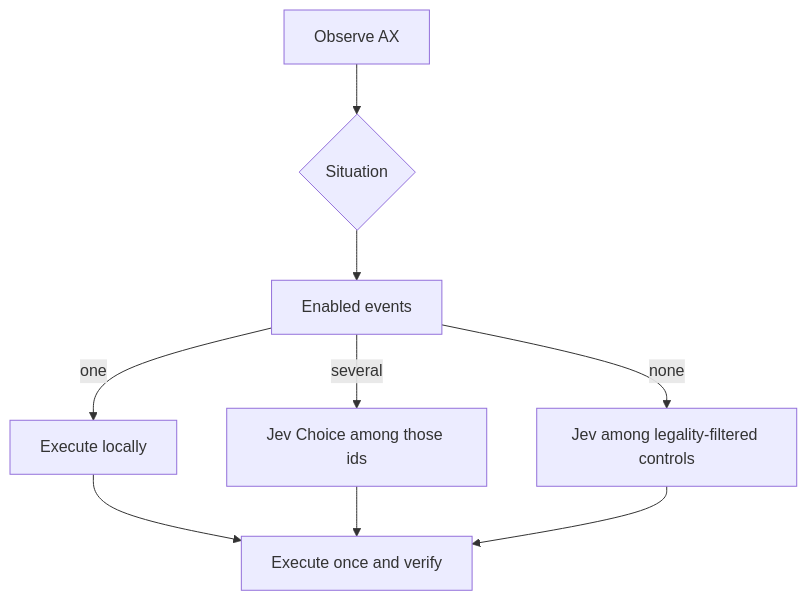
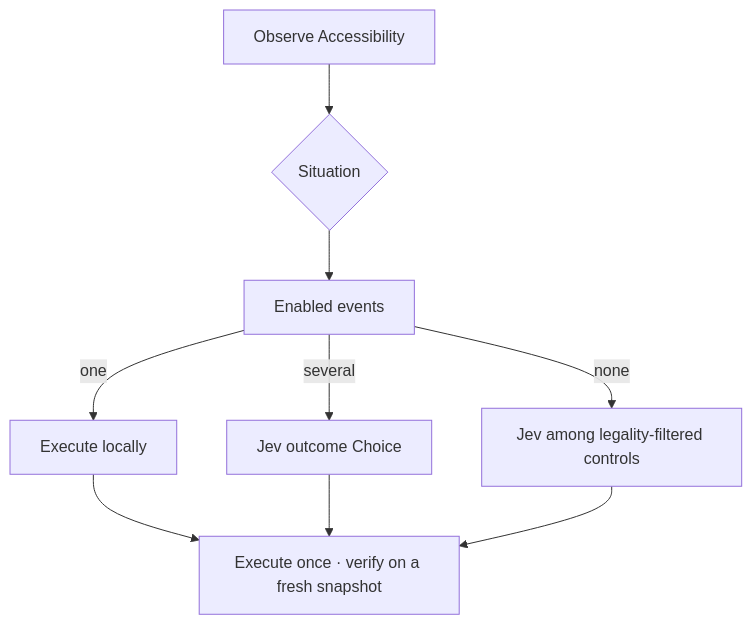
One commit to Raphjacksun7/macparakeet changed the diagram in docs/research/2026-09-19-jev-voice-control/pr-description-draft.md. Above: the diagram before and after it, drawn with Mermaid. The commit also changed other lines of this file, not shown here.

Commit message:
Rewrite the Voice Control PR draft as a Jev-to-MacParakeet report.

````diff
--- a/docs/research/2026-09-19-jev-voice-control/pr-description-draft.md
+++ b/docs/research/2026-09-19-jev-voice-control/pr-description-draft.md
@@ -17,11 +46,11 @@
 ```mermaid
 flowchart TD
-  observe[Observe AX] --> situation{Situation}
+  observe[Observe Accessibility] --> situation{Situation}
   situation --> events[Enabled events]
   events -->|one| local[Execute locally]
-  events -->|several| jev[Jev Choice among those ids]
+  events -->|several| jev["Jev outcome Choice"]
   events -->|none| unconstrained[Jev among legality-filtered controls]
-  local --> verify[Execute once and verify]
+  local --> verify[Execute once · verify on a fresh snapshot]
   jev --> verify
   unconstrained --> verify
 ```
````
